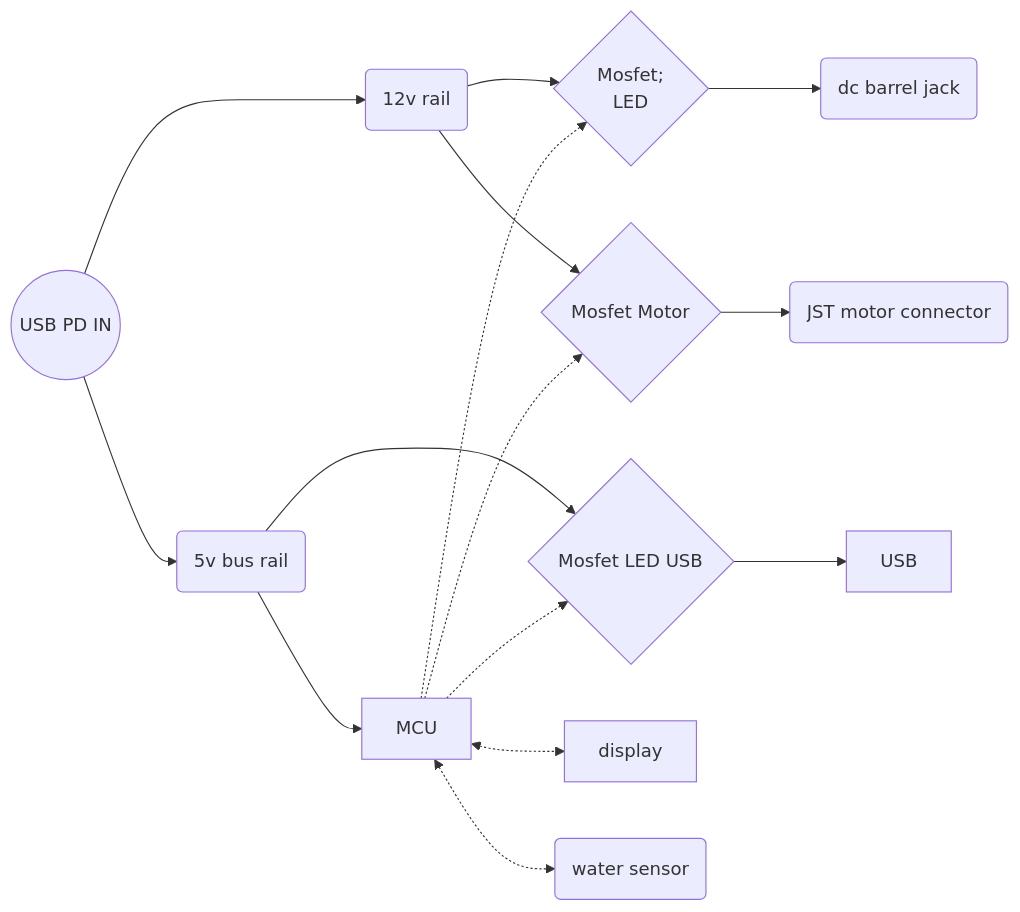
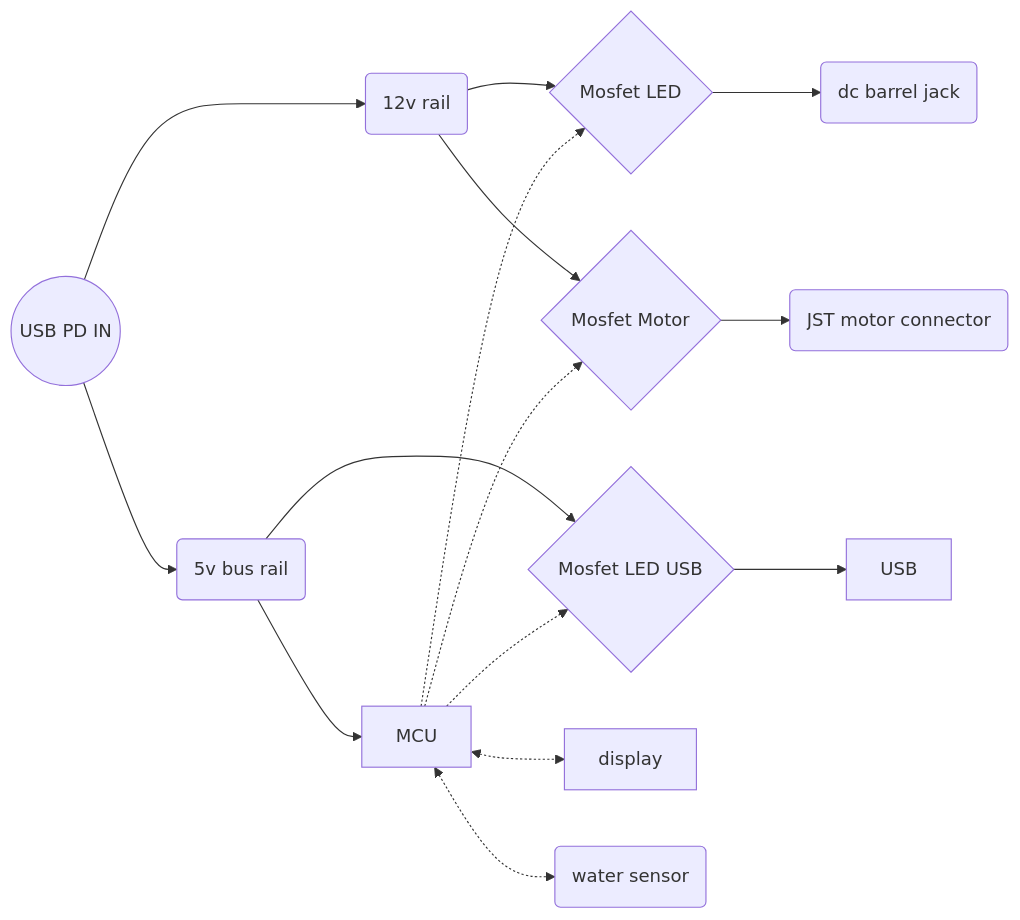
One commit to tomasApo/SmartBasil changed the diagram in README.md. Above: the diagram before and after it, drawn with Mermaid.

Commit message:
Changes to be committed: 	modified:   README.md

````diff
--- a/README.md
+++ b/README.md
@@ -4,12 +4,11 @@
 ```mermaid 
 graph LR
     PD((USB PD IN )) --> 12v(12v rail) & 5v(5v bus rail);
-   12v --> LED{Mosfet;
-   LED} --> DC(dc barrel jack);
+   12v --> LED{"Mosfet LED"} --> DC(dc barrel jack);
    12v --> Motor{"Mosfet Motor"} --> motorCOnnector("JST motor connector");
 
    5v -->  LEDBus{"Mosfet LED USB"} --> USB;
 
    5v --> MCU -.-> LED & LEDBus & Motor;
    MCU <-.-> display & water(water sensor);
 ```
````
